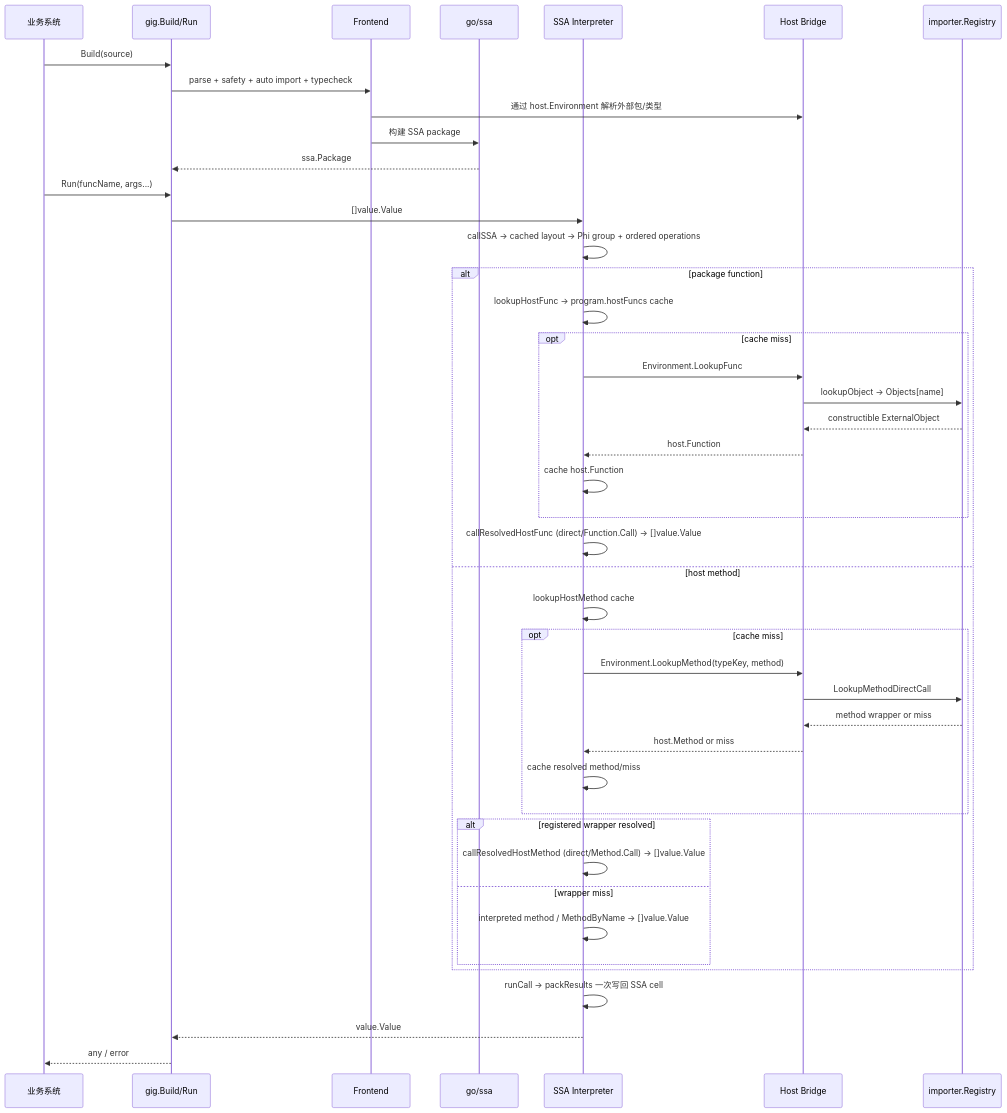
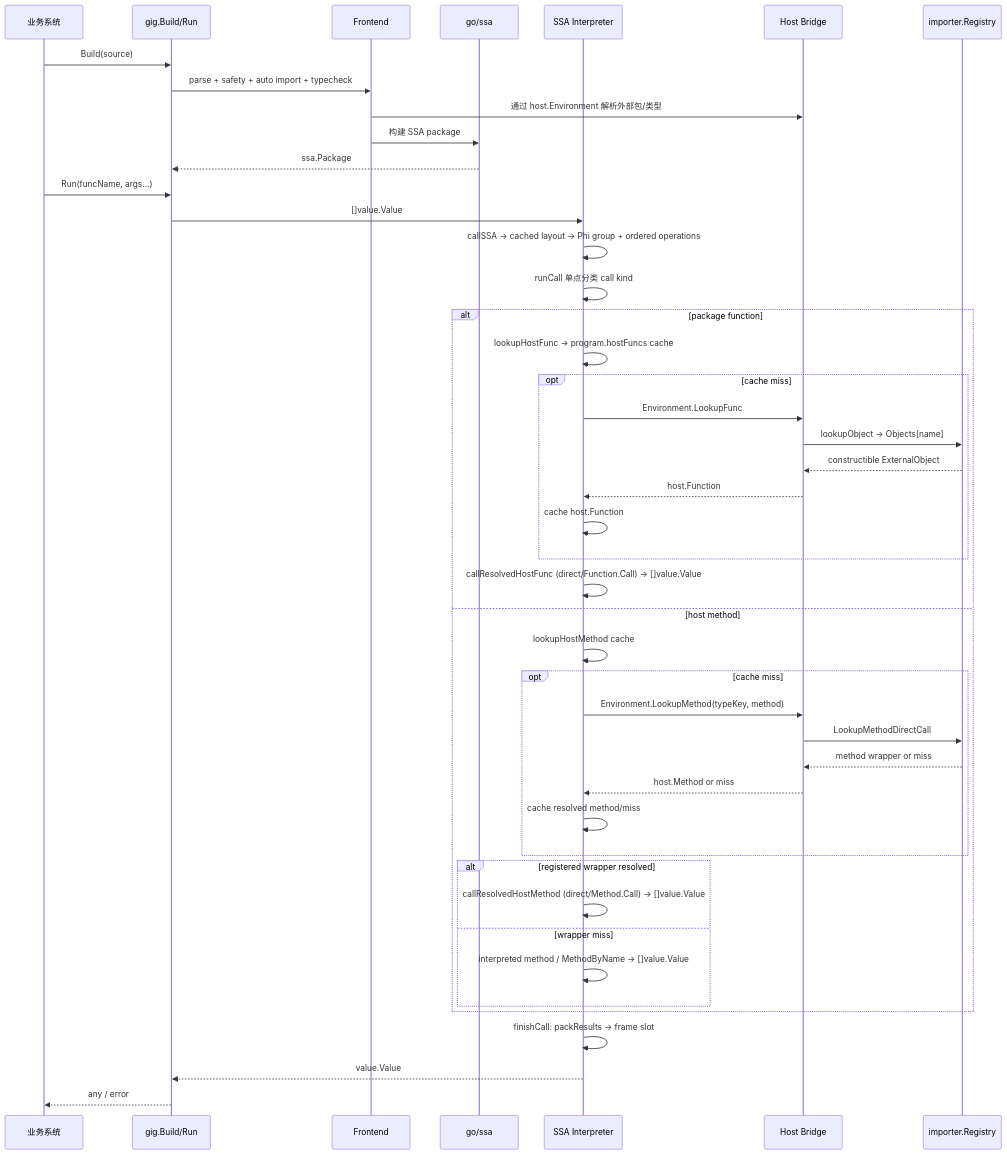
Before and after one commit to t04dJ14n9/GIG: the second of 2 diagrams in docs/GIG_RULE_ENGINE_OVERVIEW_CN.md, drawn with Mermaid. The commit also changed other lines of this file and 2 other files, not shown here.

````diff
--- a/docs/GIG_RULE_ENGINE_OVERVIEW_CN.md
+++ b/docs/GIG_RULE_ENGINE_OVERVIEW_CN.md
@@ -117,48 +122,49 @@
 ```mermaid
 sequenceDiagram
     participant User as 业务系统
     participant Gig as gig.Build/Run
     participant FE as Frontend
     participant SSA as go/ssa
     participant I as SSA Interpreter
     participant H as Host Bridge
     participant R as importer.Registry
 
     User->>Gig: Build(source)
     Gig->>FE: parse + safety + auto import + typecheck
     FE->>H: 通过 host.Environment 解析外部包/类型
     FE->>SSA: 构建 SSA package
     SSA-->>Gig: ssa.Package
 
     User->>Gig: Run(funcName, args...)
     Gig->>I: []value.Value
     I->>I: callSSA -> cached layout -> Phi group + ordered operations
+    I->>I: runCall 单点分类 call kind
     alt package function
         I->>I: lookupHostFunc -> program.hostFuncs cache
         opt cache miss
             I->>H: Environment.LookupFunc
             H->>R: lookupObject -> Objects[name]
             R-->>H: constructible ExternalObject
             H-->>I: host.Function
             I->>I: cache host.Function
         end
         I->>I: callResolvedHostFunc (direct/Function.Call) -> []value.Value
     else host method
         I->>I: lookupHostMethod cache
         opt cache miss
             I->>H: Environment.LookupMethod(typeKey, method)
             H->>R: LookupMethodDirectCall
             R-->>H: method wrapper or miss
             H-->>I: host.Method or miss
             I->>I: cache resolved method/miss
         end
         alt registered wrapper resolved
             I->>I: callResolvedHostMethod (direct/Method.Call) -> []value.Value
         else wrapper miss
             I->>I: interpreted method / MethodByName -> []value.Value
         end
     end
-    I->>I: runCall -> packResults 一次写回 SSA cell
+    I->>I: finishCall: packResults -> frame slot
     I-->>Gig: value.Value
     Gig-->>User: any / error
 ```
````
